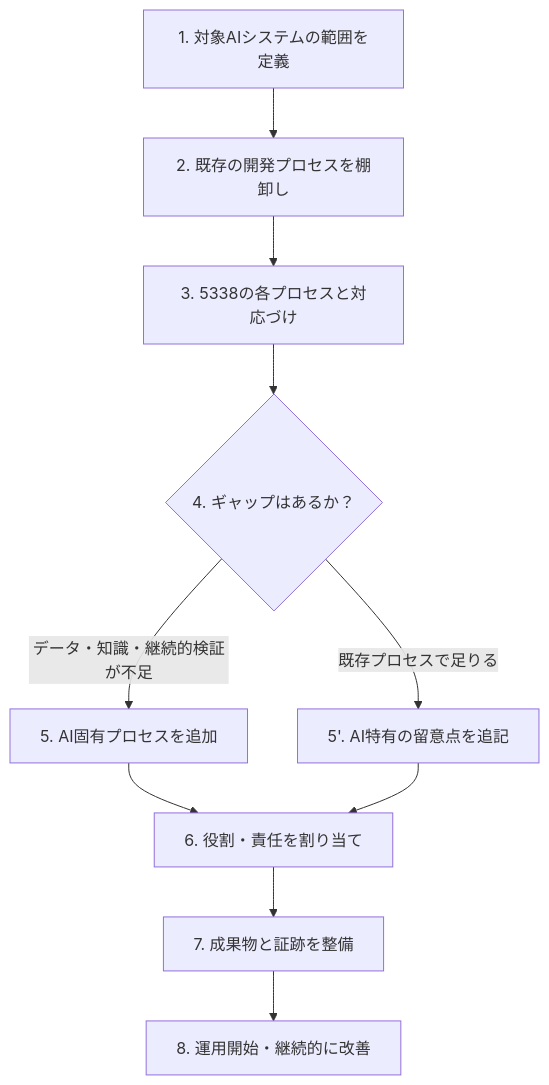
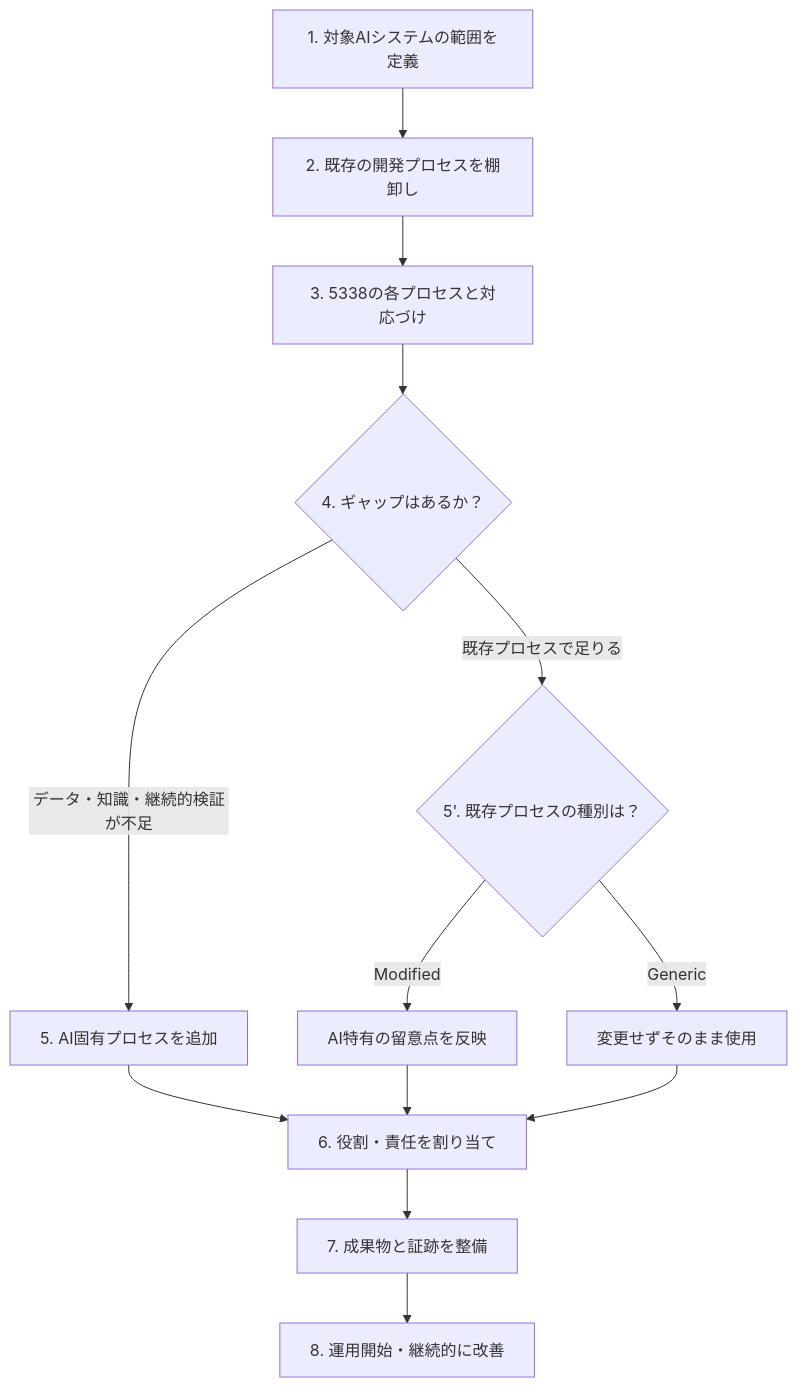
The tenth of 10 diagrams in Iso-iec-5338-guide.md (myoshi2891/Quality-Assurance-Studies), drawn with Mermaid before and after one commit.

Commit message:
docs(iso-5338): プロセス適用フロー図にModified/Generic既存プロセスの分岐を追加

````diff
--- a/Iso-iec-5338-guide.md
+++ b/Iso-iec-5338-guide.md
@@ -430,12 +430,15 @@
 ```mermaid
 flowchart TD
     A["1. 対象AIシステムの範囲を定義"] --> B["2. 既存の開発プロセスを棚卸し"]
     B --> C["3. 5338の各プロセスと対応づけ"]
     C --> D{"4. ギャップはあるか？"}
     D -->|"データ・知識・継続的検証が不足"| E["5. AI固有プロセスを追加"]
-    D -->|"既存プロセスで足りる"| F["5'. AI特有の留意点を追記"]
+    D -->|"既存プロセスで足りる"| F{"5'. 既存プロセスの種別は？"}
+    F -->|"Modified"| FM["AI特有の留意点を反映"]
+    F -->|"Generic"| FG["変更せずそのまま使用"]
     E --> G["6. 役割・責任を割り当て"]
-    F --> G
+    FM --> G
+    FG --> G
     G --> H["7. 成果物と証跡を整備"]
     H --> I["8. 運用開始・継続的に改善"]
 ```
````
